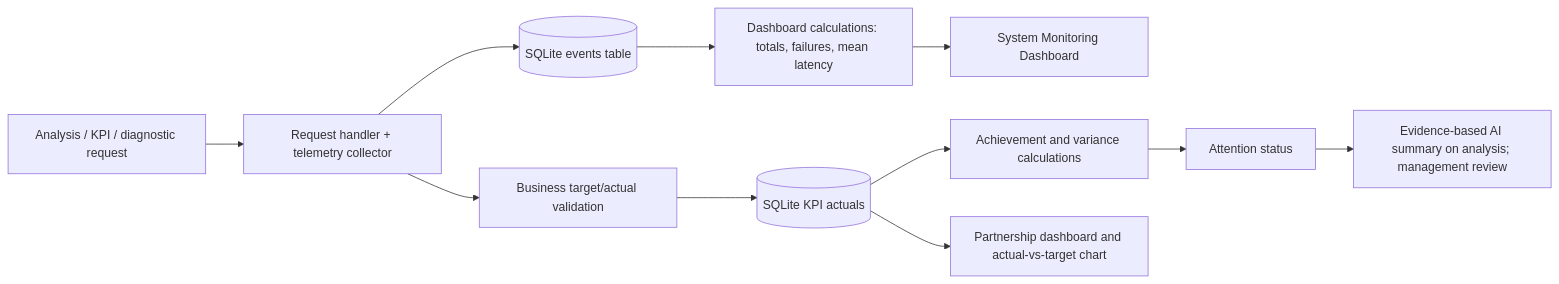
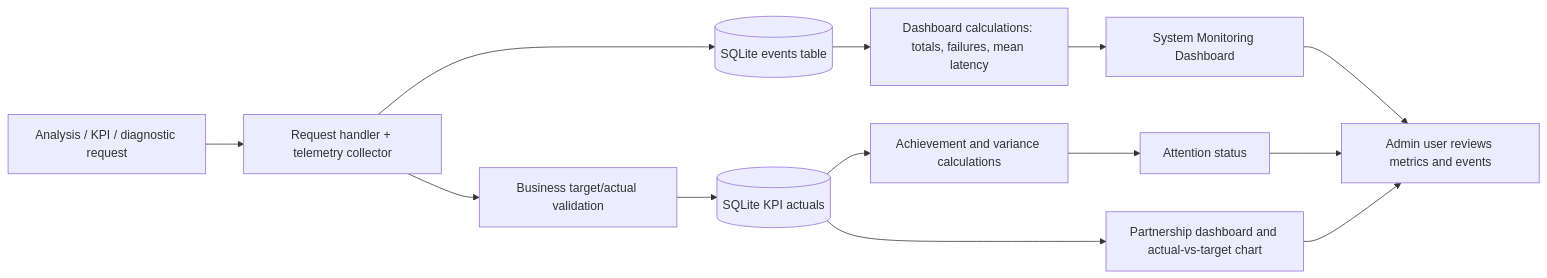
One commit to ziyadAI2/compatibilitymatch changed the second of 2 diagrams in docs/diagrams.md. Above: the diagram before and after it, drawn with Mermaid. The commit also changed other lines of this file and 1 other file, not shown here.

Commit message:
Add admin user view to monitoring flow diagram

````diff
--- a/docs/diagrams.md
+++ b/docs/diagrams.md
@@ -16,13 +16,15 @@
 ```mermaid
 flowchart LR
  P[Analysis / KPI / diagnostic request] --> C[Request handler + telemetry collector]
  C --> DB[(SQLite events table)]
  DB --> M[Dashboard calculations: totals, failures, mean latency]
  M --> UI[System Monitoring Dashboard]
+ UI --> ADM[Admin user reviews metrics and events]
  C --> A[Business target/actual validation]
  A --> K[(SQLite KPI actuals)]
  K --> V[Achievement and variance calculations]
  V --> AL[Attention status]
- AL --> S[Evidence-based AI summary on analysis; management review]
+ AL --> ADM
  K --> B[Partnership dashboard and actual-vs-target chart]
+ B --> ADM
 ```
````
